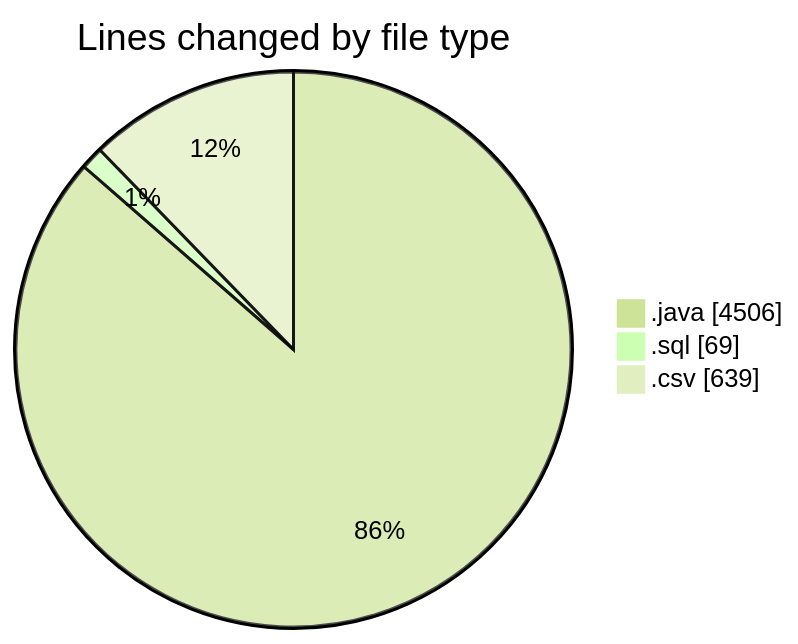
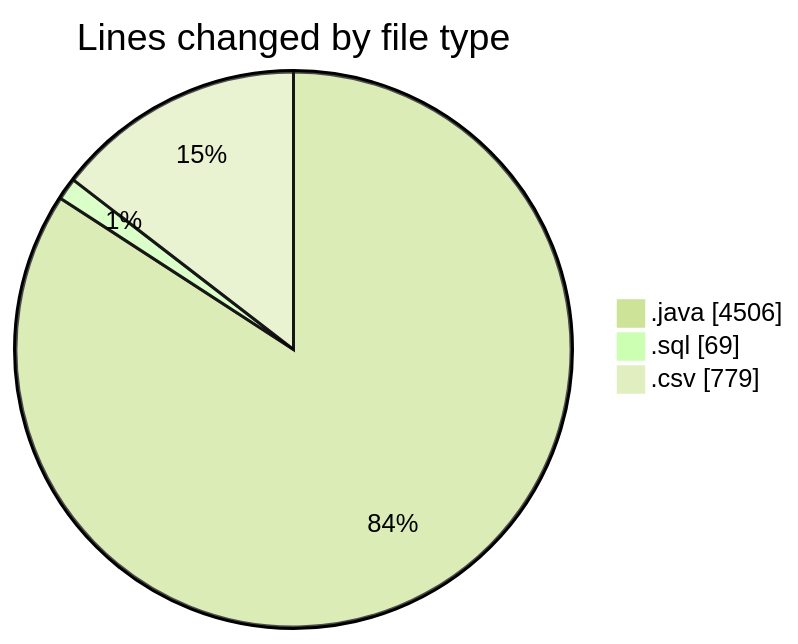
One commit to ricardozamudiocil/code-tracking changed the first of 2 diagrams in 2026-05-28/cilapp/README.md. Above: the diagram before and after it, drawn with Mermaid (forest theme). The commit also changed other lines of this file and 1 other file, not shown here.

````diff
--- a/2026-05-28/cilapp/README.md
+++ b/2026-05-28/cilapp/README.md
@@ -24,7 +25,7 @@
 ```mermaid
 pie showData
 title Lines changed by file type
 ".java" : 4506
 ".sql" : 69
-".csv" : 639
+".csv" : 779
 ```
````
